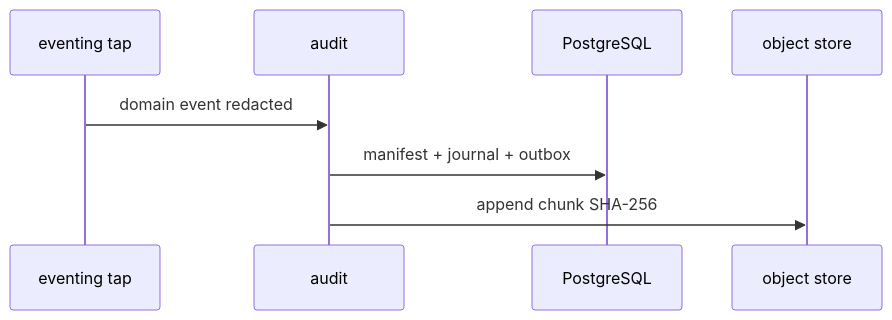
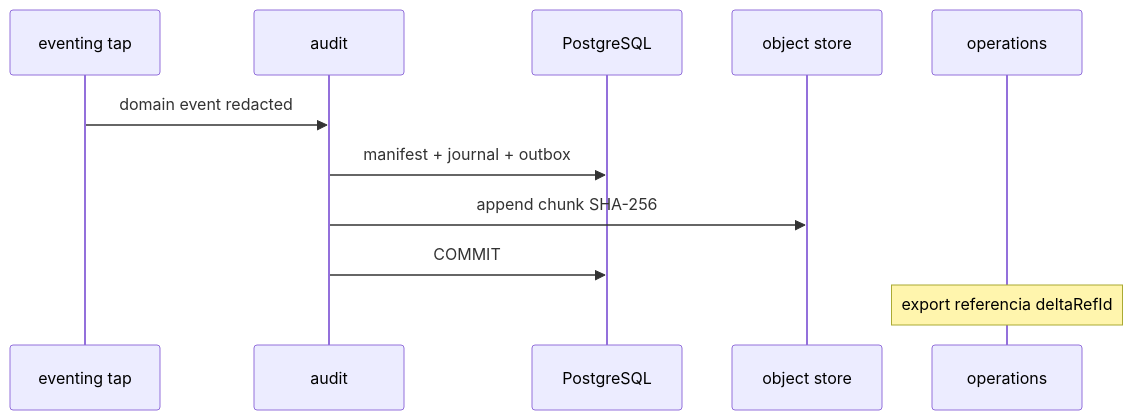
One commit to jcafeitosa/anxionOS changed the diagram in docs/orchestration/modules/audit/R05-storage-pg.md. Above: the diagram before and after it, drawn with Mermaid. The commit also changed other lines of this file and 3 other files, not shown here.

````diff
--- a/docs/orchestration/modules/audit/R05-storage-pg.md
+++ b/docs/orchestration/modules/audit/R05-storage-pg.md
@@ -31,10 +44,13 @@
 ```mermaid
 sequenceDiagram
   participant EV as eventing tap
   participant AU as audit
   participant PG as PostgreSQL
   participant OBJ as object store
+  participant OPS as operations
   EV->>AU: domain event redacted
   AU->>PG: manifest + journal + outbox
   AU->>OBJ: append chunk SHA-256
+  AU->>PG: COMMIT
+  Note over OPS: export referencia deltaRefId
 ```
````
